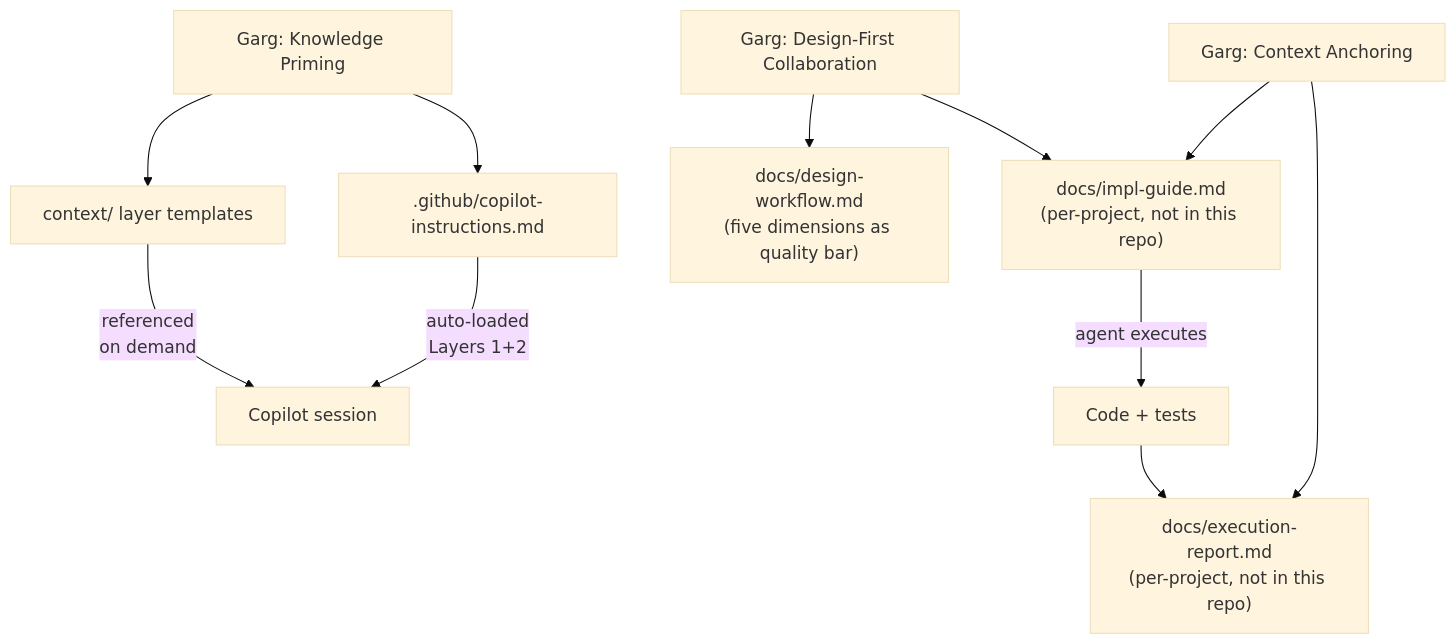
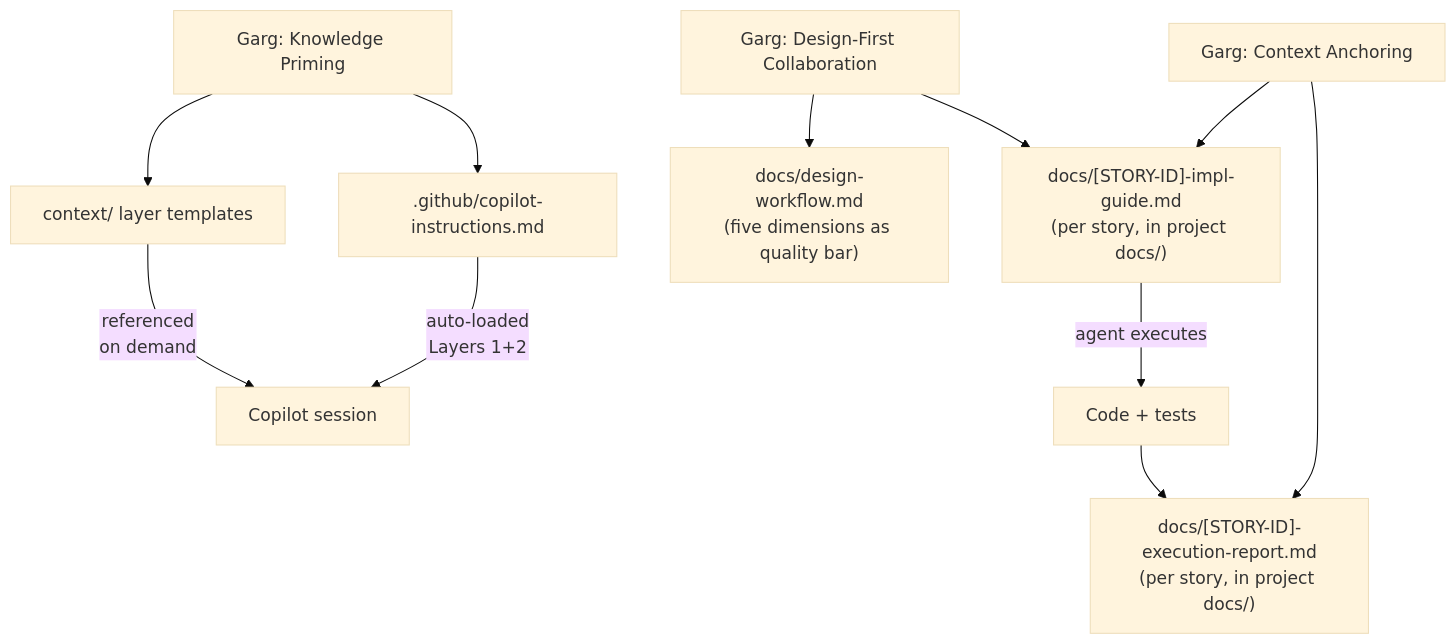
The first of 5 diagrams in docs/garg-mapping.md (andresdiegolanda/design-first-ai), drawn with Mermaid (base theme) before and after one commit. The commit also changed other lines of this file and 2 other files, not shown here.

First line of the commit message:
refactor(context): replace layer-5-story-context with two placeholder files; fix stale refs

````diff
--- a/docs/garg-mapping.md
+++ b/docs/garg-mapping.md
@@ -23,16 +23,16 @@
 ```mermaid
 graph TD
     A["Garg: Knowledge Priming"] --> B["context/ layer templates"]
     A --> C[".github/copilot-instructions.md"]
 
     D["Garg: Design-First Collaboration"] --> E["docs/design-workflow.md\n(five dimensions as quality bar)"]
-    D --> F["docs/impl-guide.md\n(per-project, not in this repo)"]
+    D --> F["docs/[STORY-ID]-impl-guide.md\n(per story, in project docs/)"]
 
     G["Garg: Context Anchoring"] --> F
-    G --> H["docs/execution-report.md\n(per-project, not in this repo)"]
+    G --> H["docs/[STORY-ID]-execution-report.md\n(per story, in project docs/)"]
 
     C -->|"auto-loaded\nLayers 1+2"| I["Copilot session"]
     B -->|"referenced\non demand"| I
     F -->|"agent executes"| J["Code + tests"]
     J --> H
 ```
````
